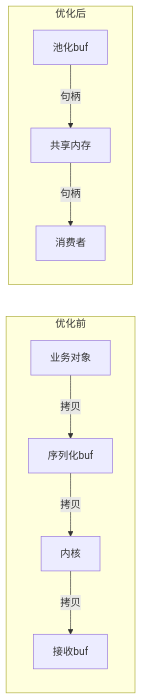
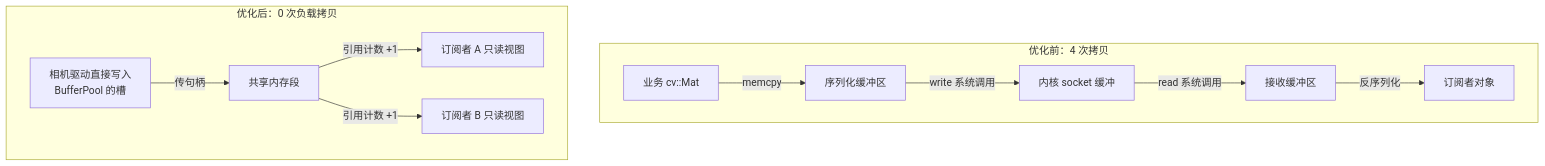
Before and after one commit to cavemancave/mw-study: the second of 4 diagrams in docs/chapter6.md, drawn with Mermaid. The commit also changed other lines of this file and 4 other files, not shown here.

````diff
--- a/docs/chapter6.md
+++ b/docs/chapter6.md
@@ -75,9 +532,14 @@
 ```mermaid
-flowchart LR
-    subgraph 优化前
-        A1[业务对象] -->|拷贝| A2[序列化buf] -->|拷贝| A3[内核] -->|拷贝| A4[接收buf]
+flowchart TB
+    subgraph BEFORE["优化前：4 次拷贝"]
+        A1[业务 cv::Mat] -->|memcpy| A2[序列化缓冲区]
+        A2 -->|write 系统调用| A3[内核 socket 缓冲]
+        A3 -->|read 系统调用| A4[接收缓冲区]
+        A4 -->|反序列化| A5[订阅者对象]
     end
-    subgraph 优化后
-        B1[池化buf] -->|句柄| B2[共享内存] -->|句柄| B3[消费者]
+    subgraph AFTER["优化后：0 次负载拷贝"]
+        B1[相机驱动直接写入<br/>BufferPool 的槽] -->|传句柄| B2[共享内存段]
+        B2 -->|引用计数 +1| B3[订阅者 A 只读视图]
+        B2 -->|引用计数 +1| B4[订阅者 B 只读视图]
     end
 ```
````
